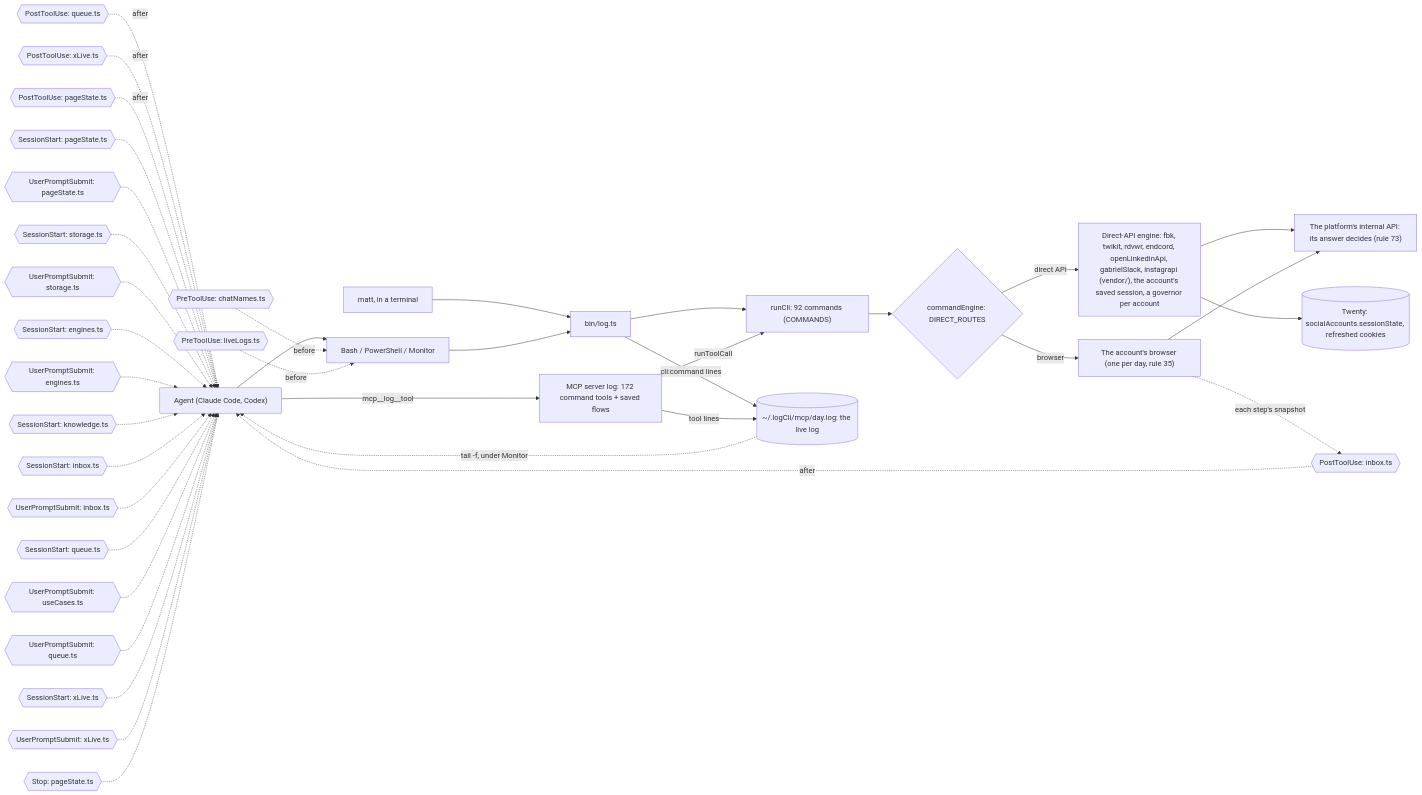
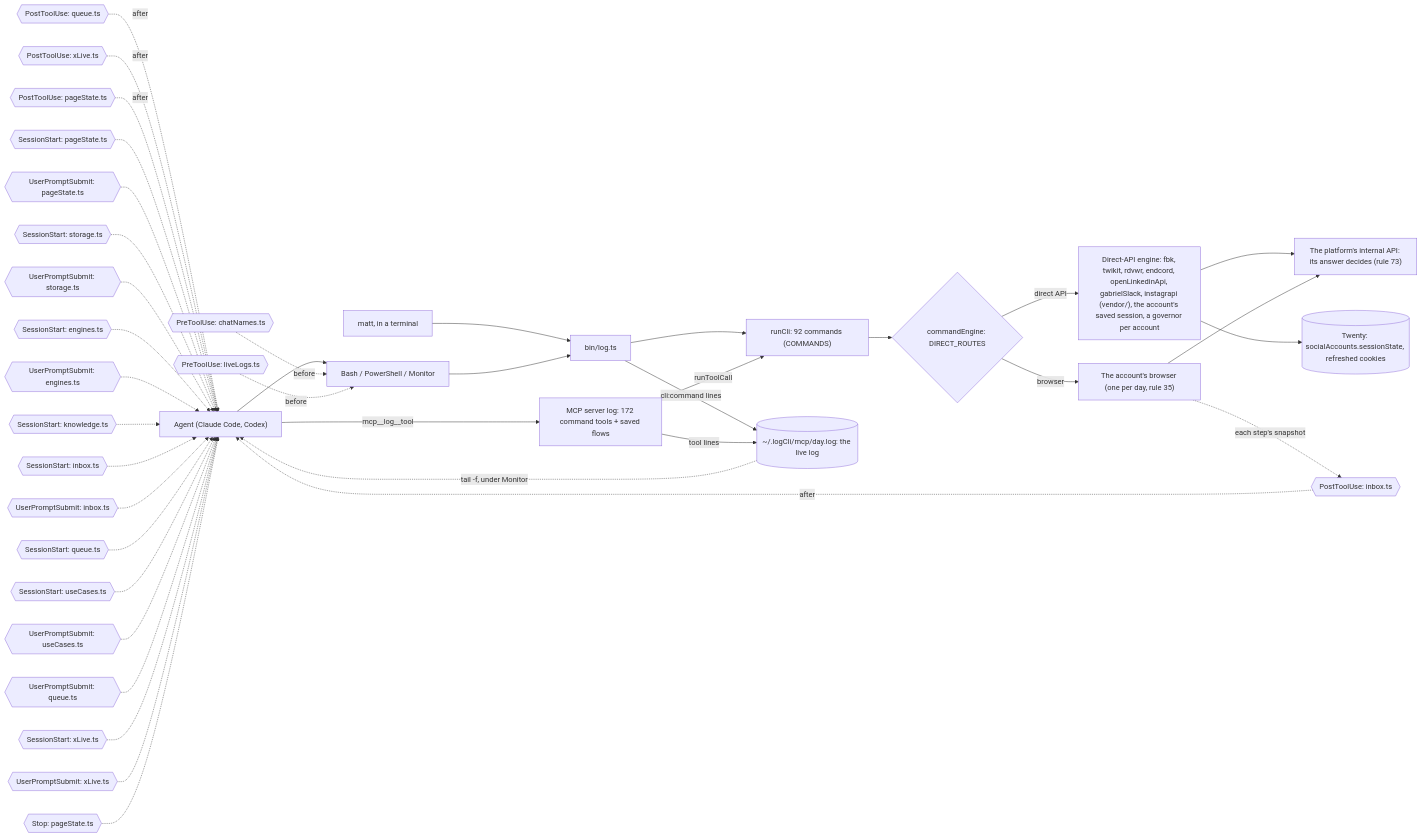
Before and after one commit to matthewdonsemail-lab/log: the third of 6 diagrams in docs/reference.md, drawn with Mermaid. The commit also changed other lines of this file and 36 other files, not shown here.

````diff
--- a/docs/reference.md
+++ b/docs/reference.md
@@ -187,52 +187,53 @@
 ```mermaid
 flowchart LR
   agent["Agent (Claude Code, Codex)"]
   matt["matt, in a terminal"]
   shell["Bash / PowerShell / Monitor"]
   mcp["MCP server log: 172 command tools + saved flows"]
   bin["bin/log.ts"]
   runCli["runCli: 92 commands (COMMANDS)"]
   live[("~/.logCli/mcp/day.log: the live log")]
   engine{"commandEngine: DIRECT_ROUTES"}
   direct["Direct-API engine: fbk, twikit, rdvwr, endcord, openLinkedinApi, gabrielSlack, instagrapi (vendor/), the account's saved session, a governor per account"]
   browser["The account's browser (one per day, rule 35)"]
   api["The platform's internal API: its answer decides (rule 73)"]
   twenty[("Twenty: socialAccounts.sessionState, refreshed cookies")]
   agent --> shell
   matt --> bin
   shell --> bin
   agent -->|mcp__log__tool| mcp
   bin --> runCli
   mcp -->|runToolCall| runCli
   runCli --> engine
   engine -->|direct API| direct
   engine -->|browser| browser
   direct --> api
   browser --> api
   direct --> twenty
   bin -->|cli:command lines| live
   mcp -->|tool lines| live
   live -.->|tail -f, under Monitor| agent
   pre0{{"PreToolUse: chatNames.ts"}} -.->|before| shell
   pre1{{"PreToolUse: liveLogs.ts"}} -.->|before| shell
   post0{{"PostToolUse: inbox.ts"}} -.->|after| agent
   post1{{"PostToolUse: queue.ts"}} -.->|after| agent
   post2{{"PostToolUse: xLive.ts"}} -.->|after| agent
   post3{{"PostToolUse: pageState.ts"}} -.->|after| agent
   turn0{{"SessionStart: pageState.ts"}} -.-> agent
   turn1{{"UserPromptSubmit: pageState.ts"}} -.-> agent
   turn2{{"SessionStart: storage.ts"}} -.-> agent
   turn3{{"UserPromptSubmit: storage.ts"}} -.-> agent
   turn4{{"SessionStart: engines.ts"}} -.-> agent
   turn5{{"UserPromptSubmit: engines.ts"}} -.-> agent
   turn6{{"SessionStart: knowledge.ts"}} -.-> agent
   turn7{{"SessionStart: inbox.ts"}} -.-> agent
   turn8{{"UserPromptSubmit: inbox.ts"}} -.-> agent
   turn9{{"SessionStart: queue.ts"}} -.-> agent
-  turn10{{"UserPromptSubmit: useCases.ts"}} -.-> agent
-  turn11{{"UserPromptSubmit: queue.ts"}} -.-> agent
-  turn12{{"SessionStart: xLive.ts"}} -.-> agent
-  turn13{{"UserPromptSubmit: xLive.ts"}} -.-> agent
-  turn14{{"Stop: pageState.ts"}} -.-> agent
+  turn10{{"SessionStart: useCases.ts"}} -.-> agent
+  turn11{{"UserPromptSubmit: useCases.ts"}} -.-> agent
+  turn12{{"UserPromptSubmit: queue.ts"}} -.-> agent
+  turn13{{"SessionStart: xLive.ts"}} -.-> agent
+  turn14{{"UserPromptSubmit: xLive.ts"}} -.-> agent
+  turn15{{"Stop: pageState.ts"}} -.-> agent
   browser -.->|each step's snapshot| post0
 ```
````
